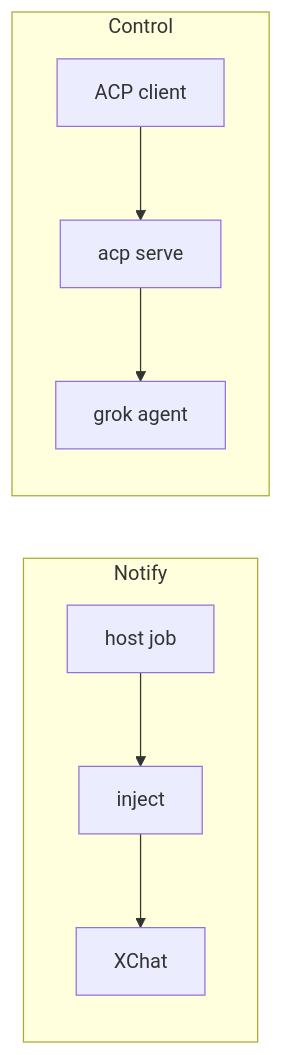
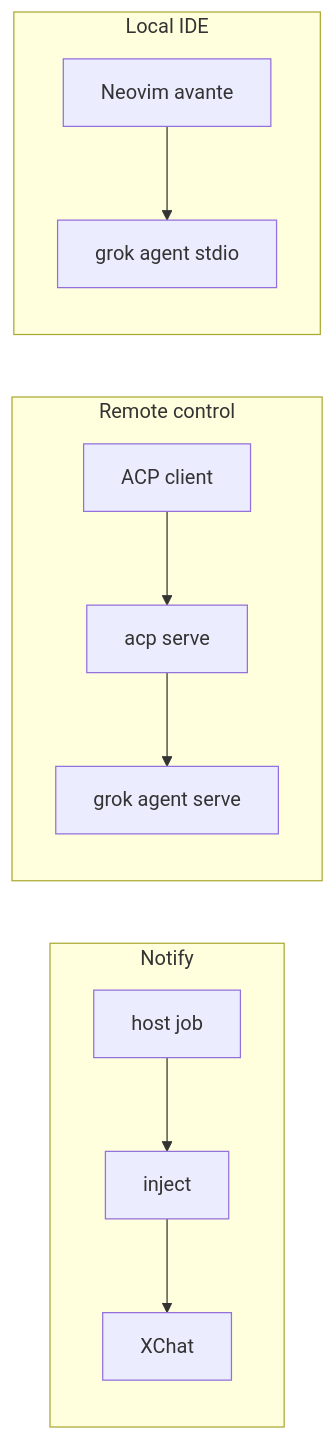
One commit to p10ns11y/arch-machine changed the third of 3 diagrams in docs/INDEX.md. Above: the diagram before and after it, drawn with Mermaid. The commit also changed other lines of this file and 11 other files, not shown here.

````diff
--- a/docs/INDEX.md
+++ b/docs/INDEX.md
@@ -70,11 +70,14 @@
 ```mermaid
 flowchart LR
   subgraph notify [Notify]
     Job[host job] --> Inj[inject]
     Inj --> DM[XChat]
   end
-  subgraph control [Control]
+  subgraph remoteCtl [Remote control]
     Client[ACP client] --> Serve[acp serve]
-    Serve --> Agent[grok agent]
+    Serve --> Agent[grok agent serve]
+  end
+  subgraph localIde [Local IDE]
+    Nvim[Neovim avante] --> Stdio[grok agent stdio]
   end
 ```
````
